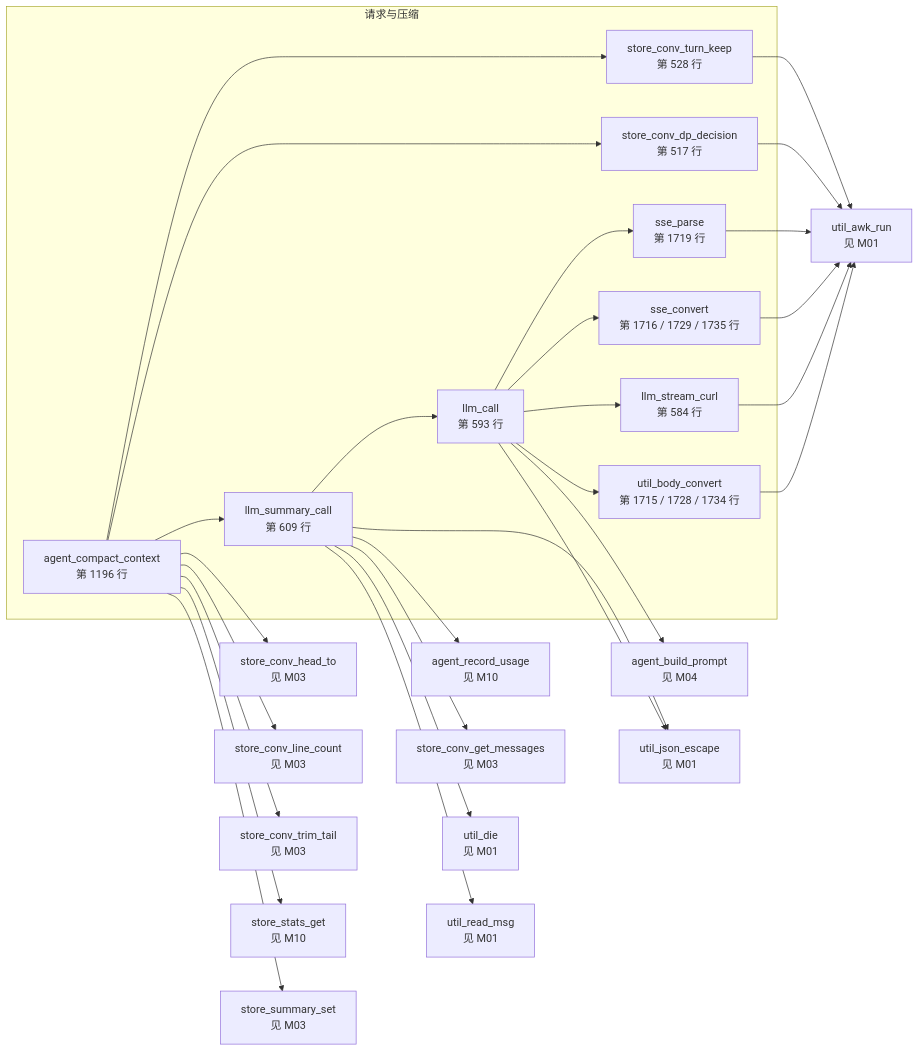
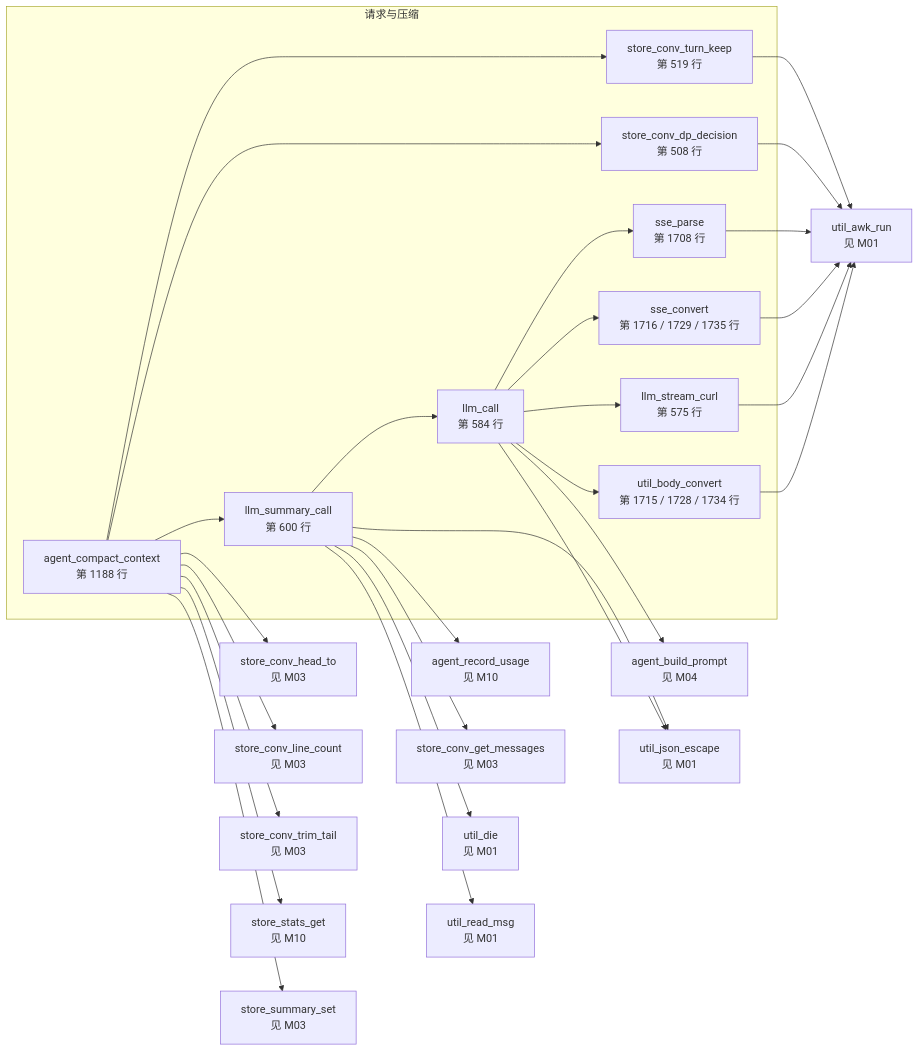
The eighth of 15 diagrams in docs/bash-data-flow.md (lloydzhou/bash-agent), drawn with Mermaid before and after one commit. The commit also changed other lines of this file and 2 other files, not shown here.

First line of the commit message:
refactor: store_conv_get_messages 统一文件路径接口

````diff
--- a/docs/bash-data-flow.md
+++ b/docs/bash-data-flow.md
@@ -278,52 +274,52 @@
 ```mermaid
 flowchart LR
   subgraph mod_6["请求与压缩"]
-    f_llm_call["llm_call<br/>第 593 行"]
+    f_llm_call["llm_call<br/>第 584 行"]
     f_util_body_convert["util_body_convert<br/>第 1715 / 1728 / 1734 行"]
-    f_llm_stream_curl["llm_stream_curl<br/>第 584 行"]
+    f_llm_stream_curl["llm_stream_curl<br/>第 575 行"]
     f_sse_convert["sse_convert<br/>第 1716 / 1729 / 1735 行"]
-    f_sse_parse["sse_parse<br/>第 1719 行"]
-    f_llm_summary_call["llm_summary_call<br/>第 609 行"]
-    f_agent_compact_context["agent_compact_context<br/>第 1196 行"]
-    f_store_conv_dp_decision["store_conv_dp_decision<br/>第 517 行"]
-    f_store_conv_turn_keep["store_conv_turn_keep<br/>第 528 行"]
+    f_sse_parse["sse_parse<br/>第 1708 行"]
+    f_llm_summary_call["llm_summary_call<br/>第 600 行"]
+    f_agent_compact_context["agent_compact_context<br/>第 1188 行"]
+    f_store_conv_dp_decision["store_conv_dp_decision<br/>第 508 行"]
+    f_store_conv_turn_keep["store_conv_turn_keep<br/>第 519 行"]
   end
   f_agent_build_prompt["agent_build_prompt<br/>见 M04"]
   f_agent_record_usage["agent_record_usage<br/>见 M10"]
   f_store_conv_get_messages["store_conv_get_messages<br/>见 M03"]
   f_store_conv_head_to["store_conv_head_to<br/>见 M03"]
   f_store_conv_line_count["store_conv_line_count<br/>见 M03"]
   f_store_conv_trim_tail["store_conv_trim_tail<br/>见 M03"]
   f_store_stats_get["store_stats_get<br/>见 M10"]
   f_store_summary_set["store_summary_set<br/>见 M03"]
   f_util_awk_run["util_awk_run<br/>见 M01"]
   f_util_die["util_die<br/>见 M01"]
   f_util_json_escape["util_json_escape<br/>见 M01"]
   f_util_read_msg["util_read_msg<br/>见 M01"]
   f_llm_call --> f_agent_build_prompt
   f_llm_call --> f_util_json_escape
   f_llm_call --> f_util_body_convert
   f_llm_call --> f_llm_stream_curl
   f_llm_call --> f_sse_convert
   f_llm_call --> f_sse_parse
   f_util_body_convert --> f_util_awk_run
   f_llm_stream_curl --> f_util_awk_run
   f_sse_convert --> f_util_awk_run
   f_sse_parse --> f_util_awk_run
   f_llm_summary_call --> f_store_conv_get_messages
   f_llm_summary_call --> f_util_json_escape
   f_llm_summary_call --> f_util_read_msg
   f_llm_summary_call --> f_llm_call
   f_llm_summary_call --> f_agent_record_usage
   f_llm_summary_call --> f_util_die
   f_agent_compact_context --> f_store_conv_dp_decision
   f_agent_compact_context --> f_store_stats_get
   f_agent_compact_context --> f_store_conv_line_count
   f_agent_compact_context --> f_store_conv_turn_keep
   f_agent_compact_context --> f_store_conv_head_to
   f_agent_compact_context --> f_llm_summary_call
   f_agent_compact_context --> f_store_summary_set
   f_agent_compact_context --> f_store_conv_trim_tail
   f_store_conv_dp_decision --> f_util_awk_run
   f_store_conv_turn_keep --> f_util_awk_run
 ```
````
